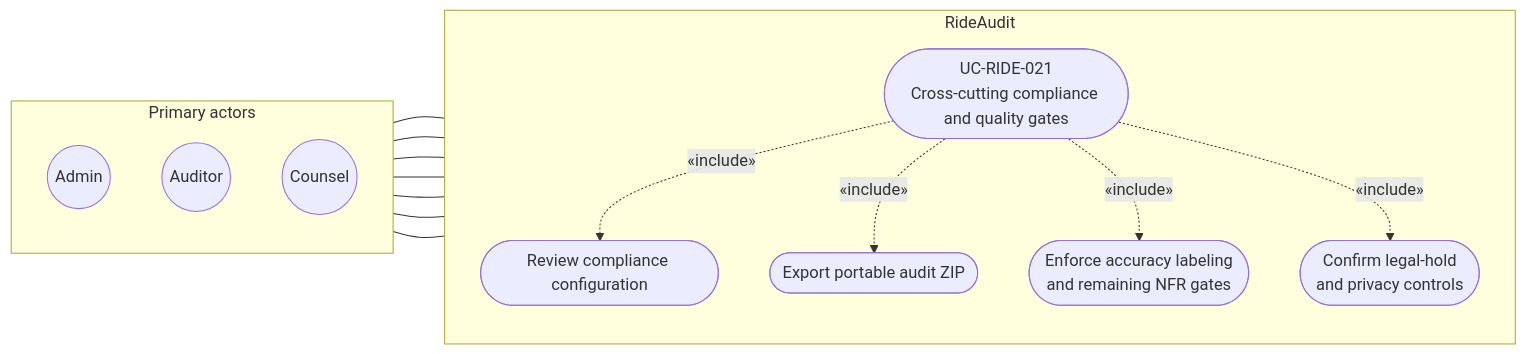
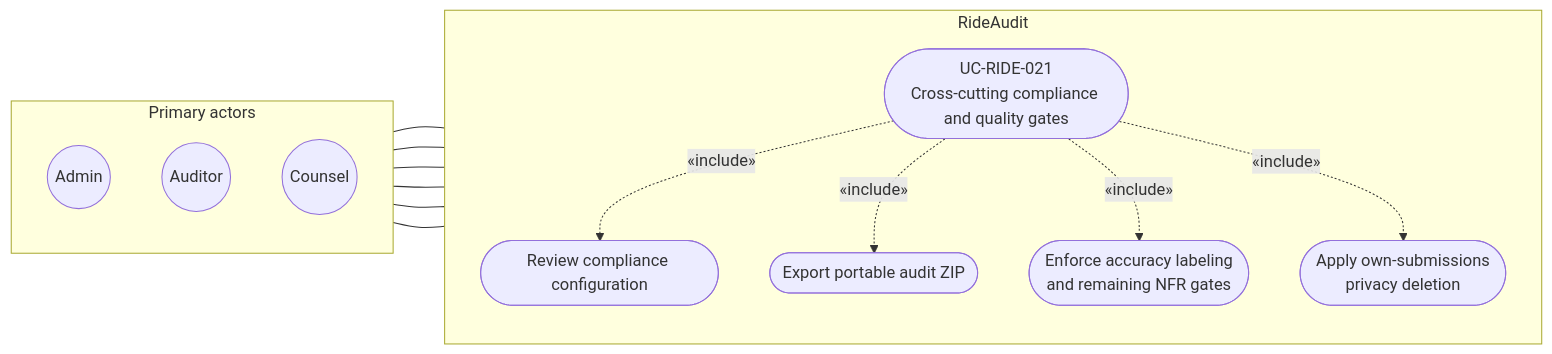
Before and after one commit to sharpninja/rideaudit: the diagram in docs/ux/use-cases/UC-RIDE-021.md, drawn with Mermaid. The commit also changed other lines of this file and 273 other files, not shown here.

First line of the commit message:
Accuracy: kill invent mask/RBAC/legal-hold; BDPv4 FR-077/078; About UI FR-074; retire FR-038 bundle (#26)

````diff
--- a/docs/ux/use-cases/UC-RIDE-021.md
+++ b/docs/ux/use-cases/UC-RIDE-021.md
@@ -16,29 +16,28 @@
 ```mermaid
 %% UC-RIDE-021 Cross-cutting compliance and quality gates
 flowchart LR
   subgraph primaries["Primary actors"]
     direction TB
     A_Admin((Admin))
     A_Auditor((Auditor))
     A_Counsel((Counsel))
   end
   subgraph system["RideAudit"]
     direction TB
     UC(["UC-RIDE-021<br/>Cross-cutting compliance and quality gates"])
     INC1(["Review compliance configuration"])
     INC2(["Export portable audit ZIP"])
     INC3(["Enforce accuracy labeling<br/>and remaining NFR gates"])
-    INC4(["Confirm legal-hold<br/>and privacy controls"])
+    INC4(["Apply own-submissions<br/>privacy deletion"])
     UC -.->|"«include»"| INC1
     UC -.->|"«include»"| INC2
     UC -.->|"«include»"| INC3
     UC -.->|"«include»"| INC4
   end
   A_Admin --- UC
   A_Auditor --- UC
   A_Counsel --- UC
   A_Admin --- INC1
   A_Auditor --- INC2
   A_Auditor --- INC3
-  A_Counsel --- INC4
 ```
````
